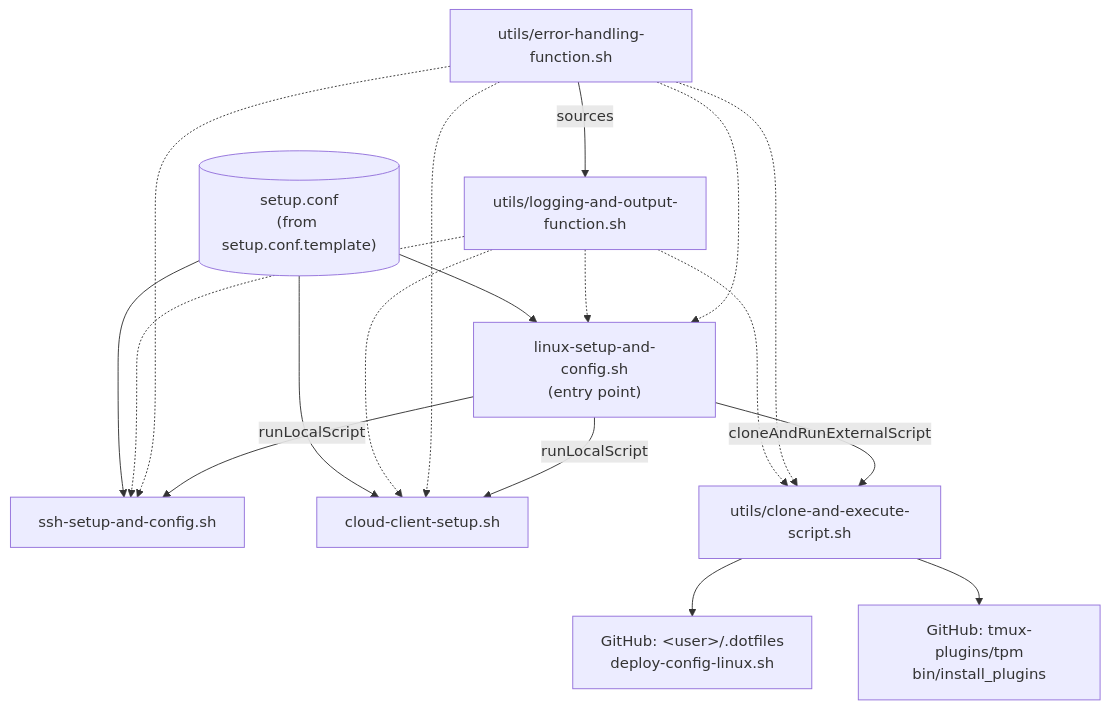
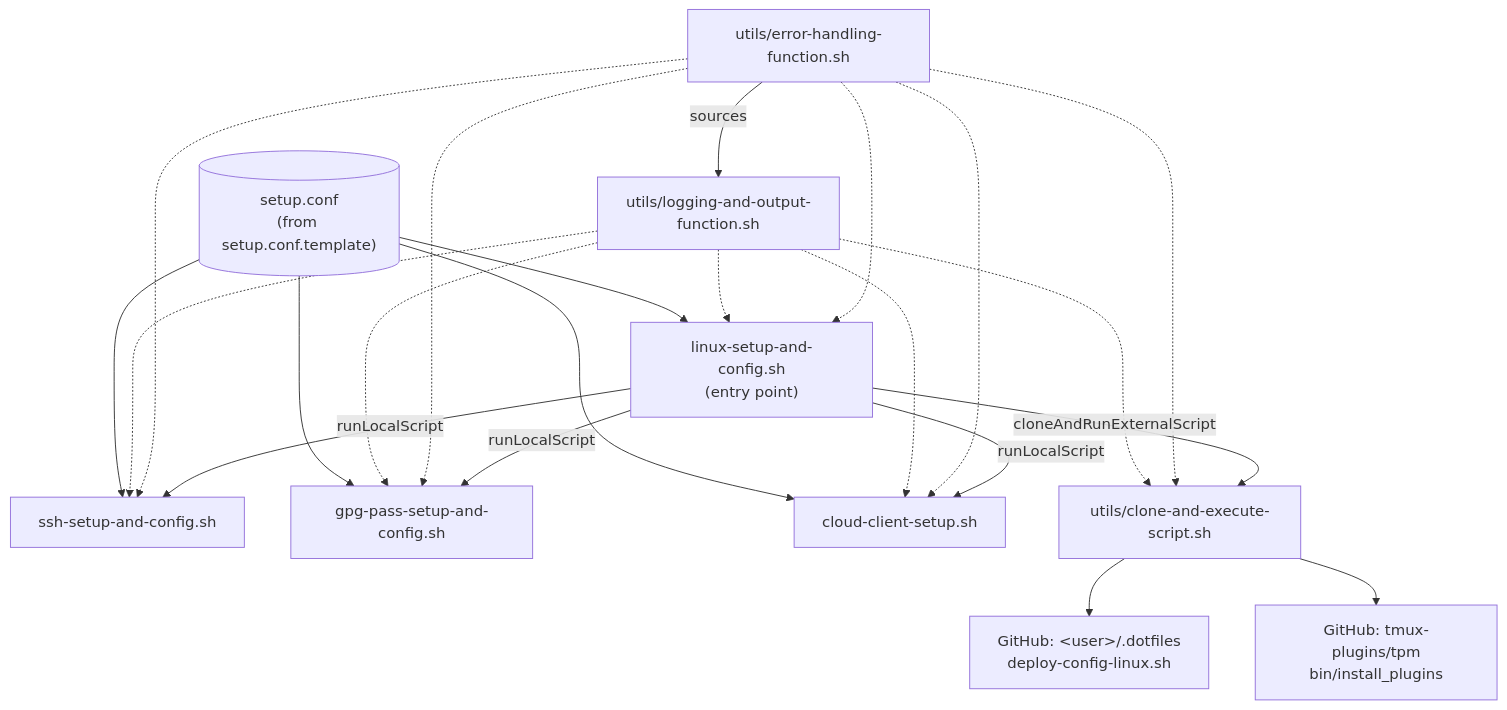
The first of 4 diagrams in DEPENDENCIES.md (norsemangrey/linux-setup-deployer), drawn with Mermaid before and after one commit. The commit also changed other lines of this file and 7 other files, not shown here.

First line of the commit message:
Add optional GPG/pass setup and feature selection config

````diff
--- a/DEPENDENCIES.md
+++ b/DEPENDENCIES.md
@@ -11,30 +11,35 @@
 ```mermaid
 flowchart TD
     main["linux-setup-and-config.sh<br/>(entry point)"]
     ssh["ssh-setup-and-config.sh"]
+    gpg["gpg-pass-setup-and-config.sh"]
     cloud["cloud-client-setup.sh"]
     conf[("setup.conf<br/>(from setup.conf.template)")]
     logger["utils/logging-and-output-function.sh"]
     err["utils/error-handling-function.sh"]
     cae["utils/clone-and-execute-script.sh"]
     dotfiles["GitHub: &lt;user&gt;/.dotfiles<br/>deploy-config-linux.sh"]
     tpm["GitHub: tmux-plugins/tpm<br/>bin/install_plugins"]
 
     conf --> main
     conf --> ssh
+    conf --> gpg
     conf --> cloud
     logger -.-> main
     logger -.-> ssh
+    logger -.-> gpg
     logger -.-> cloud
     logger -.-> cae
     err -.-> main
     err -.-> ssh
+    err -.-> gpg
     err -.-> cloud
     err -.-> cae
     err -->|sources| logger
     main -->|runLocalScript| ssh
+    main -->|runLocalScript| gpg
     main -->|runLocalScript| cloud
     main -->|cloneAndRunExternalScript| cae
     cae --> dotfiles
     cae --> tpm
 ```
````
